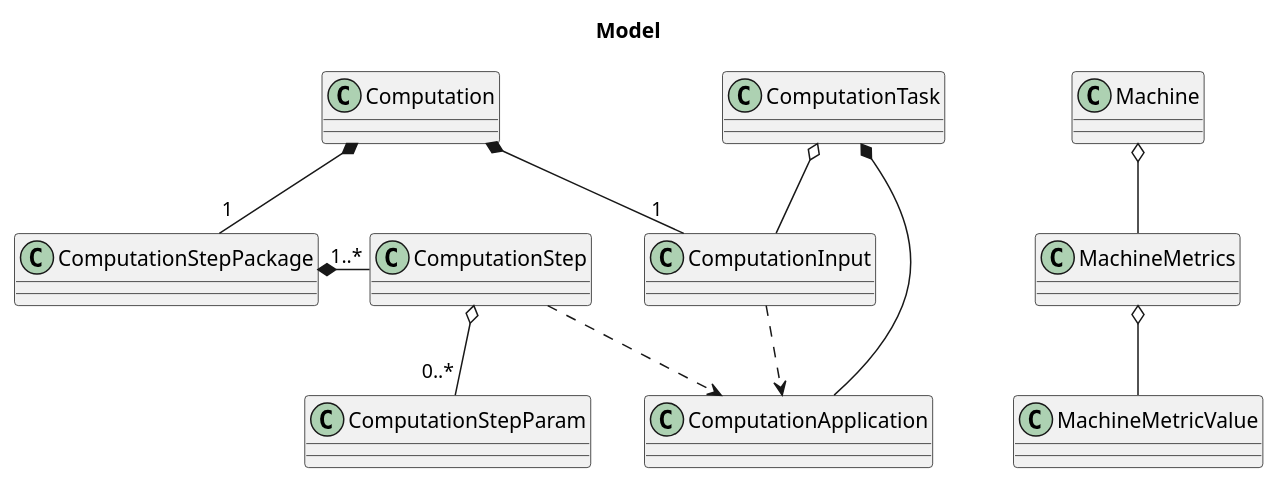
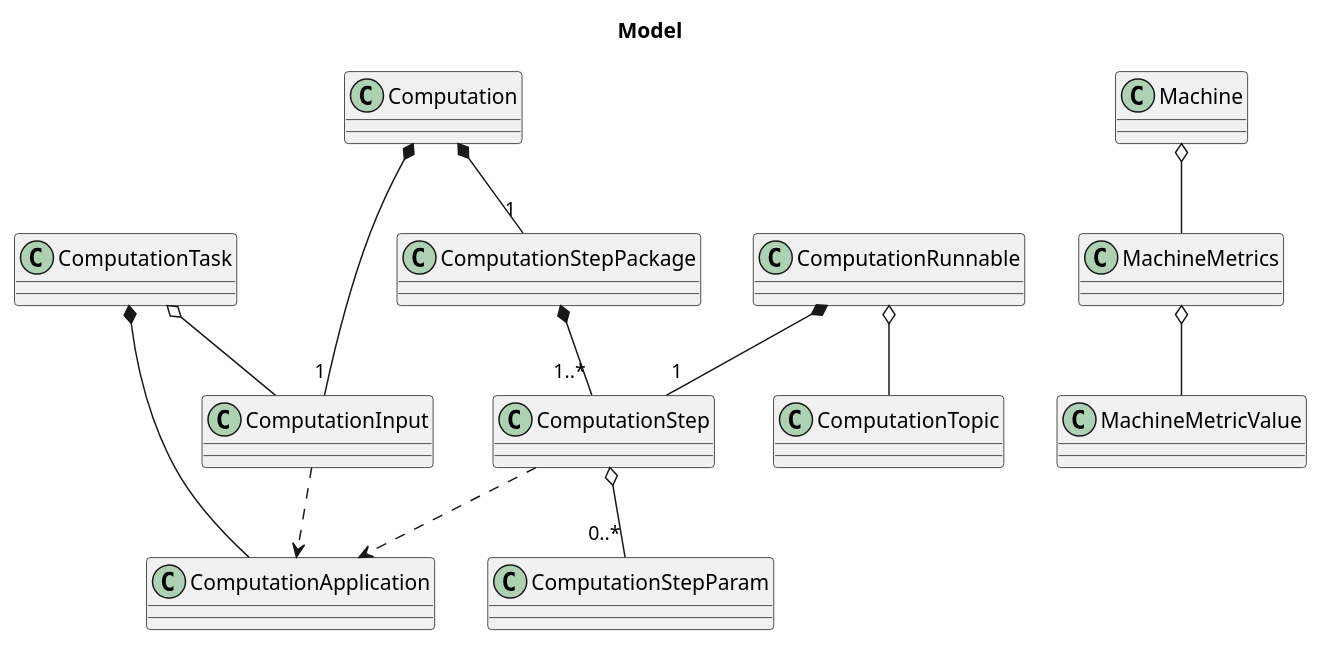
One commit to cetlinB/docs changed the diagram in model/entities.puml. Above: the diagram before and after it, drawn with PlantUML. The commit also changed 4 other files, not shown here.

```diff
--- a/model/entities.puml
+++ b/model/entities.puml
@@ -1,25 +1,29 @@
 @startuml
     title Model
 
     class ComputationTask
     class ComputationApplication
     class ComputationInput
     class ComputationStep
     class ComputationStepPackage
     class ComputationStepParam
+    class ComputationRunnable
+    class ComputationTopic
     class Computation
     class Machine
     class MachineMetrics
     class MachineMetricValue
 
     ComputationTask *-- ComputationApplication
     ComputationTask o-- ComputationInput
     ComputationInput ..> ComputationApplication
-    ComputationStepPackage *- "1..*" ComputationStep
+    ComputationStepPackage *-- "1..*" ComputationStep
     ComputationStep o-- "0..*" ComputationStepParam
     ComputationStep ..> ComputationApplication
+    ComputationRunnable *-- "1" ComputationStep
+    ComputationRunnable o-- ComputationTopic
     Computation *-- "1"ComputationStepPackage
     Computation *-- "1" ComputationInput
     Machine o-- MachineMetrics
     MachineMetrics o-- MachineMetricValue
 @enduml
```
